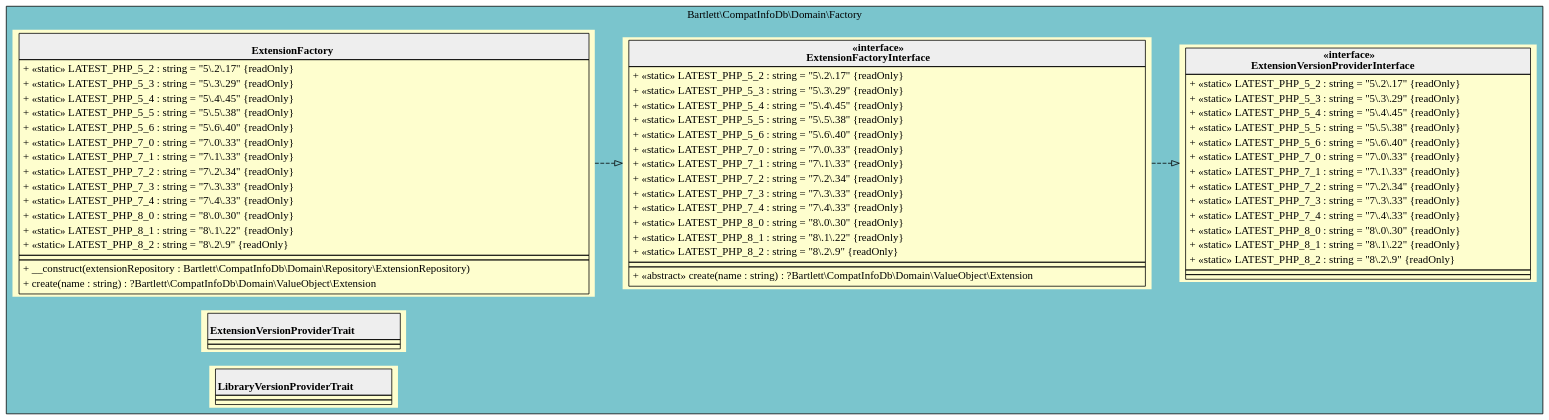
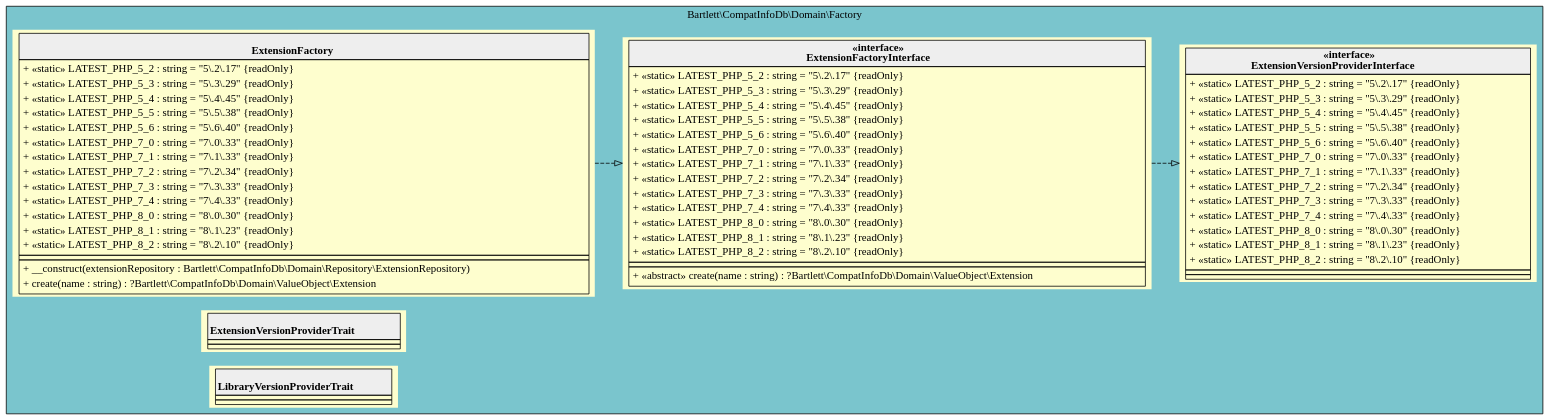
Before and after one commit to llaville/php-compatinfo-db: the diagram in 5.x/assets/images/domain-factory.html.gv, drawn with Graphviz. The commit also changed 30 other files, not shown here.

```diff
--- a/5.x/assets/images/domain-factory.html.gv
+++ b/5.x/assets/images/domain-factory.html.gv
@@ -1,90 +1,90 @@
 digraph {
   graph [rankdir="LR" bgcolor="transparent"]
   node [fillcolor="#FEFECE" style="filled"]
   subgraph cluster_0 {
     graph [bgcolor="cadetblue3"]
     label = "Bartlett\\CompatInfoDb\\Domain\\Factory"
     "Bartlett\\CompatInfoDb\\Domain\\Factory\\ExtensionFactory" [shape="none" label=<
 <table cellspacing="0" border="0" cellborder="1">
     <tr><td bgcolor="#eeeeee"><b><br/>ExtensionFactory</b></td></tr>
     <tr><td><table border="0" cellspacing="0" cellpadding="2">
     <tr><td align="left">+ «static» LATEST_PHP_5_2 : string = "5\.2\.17" {readOnly}</td></tr>
     <tr><td align="left">+ «static» LATEST_PHP_5_3 : string = "5\.3\.29" {readOnly}</td></tr>
     <tr><td align="left">+ «static» LATEST_PHP_5_4 : string = "5\.4\.45" {readOnly}</td></tr>
     <tr><td align="left">+ «static» LATEST_PHP_5_5 : string = "5\.5\.38" {readOnly}</td></tr>
     <tr><td align="left">+ «static» LATEST_PHP_5_6 : string = "5\.6\.40" {readOnly}</td></tr>
     <tr><td align="left">+ «static» LATEST_PHP_7_0 : string = "7\.0\.33" {readOnly}</td></tr>
     <tr><td align="left">+ «static» LATEST_PHP_7_1 : string = "7\.1\.33" {readOnly}</td></tr>
     <tr><td align="left">+ «static» LATEST_PHP_7_2 : string = "7\.2\.34" {readOnly}</td></tr>
     <tr><td align="left">+ «static» LATEST_PHP_7_3 : string = "7\.3\.33" {readOnly}</td></tr>
     <tr><td align="left">+ «static» LATEST_PHP_7_4 : string = "7\.4\.33" {readOnly}</td></tr>
     <tr><td align="left">+ «static» LATEST_PHP_8_0 : string = "8\.0\.30" {readOnly}</td></tr>
-    <tr><td align="left">+ «static» LATEST_PHP_8_1 : string = "8\.1\.22" {readOnly}</td></tr>
-    <tr><td align="left">+ «static» LATEST_PHP_8_2 : string = "8\.2\.9" {readOnly}</td></tr>
+    <tr><td align="left">+ «static» LATEST_PHP_8_1 : string = "8\.1\.23" {readOnly}</td></tr>
+    <tr><td align="left">+ «static» LATEST_PHP_8_2 : string = "8\.2\.10" {readOnly}</td></tr>
 </table></td></tr>
     <tr><td></td></tr>
     <tr><td><table border="0" cellspacing="0" cellpadding="2">
     <tr><td align="left">+ __construct(extensionRepository : Bartlett\\CompatInfoDb\\Domain\\Repository\\ExtensionRepository)</td></tr>
     <tr><td align="left">+ create(name : string) : ?Bartlett\\CompatInfoDb\\Domain\\ValueObject\\Extension</td></tr>
 </table></td></tr>
 </table>>]
     "Bartlett\\CompatInfoDb\\Domain\\Factory\\ExtensionFactoryInterface" [shape="none" label=<
 <table cellspacing="0" border="0" cellborder="1">
     <tr><td bgcolor="#eeeeee"><b>«interface»<br/>ExtensionFactoryInterface</b></td></tr>
     <tr><td><table border="0" cellspacing="0" cellpadding="2">
     <tr><td align="left">+ «static» LATEST_PHP_5_2 : string = "5\.2\.17" {readOnly}</td></tr>
     <tr><td align="left">+ «static» LATEST_PHP_5_3 : string = "5\.3\.29" {readOnly}</td></tr>
     <tr><td align="left">+ «static» LATEST_PHP_5_4 : string = "5\.4\.45" {readOnly}</td></tr>
     <tr><td align="left">+ «static» LATEST_PHP_5_5 : string = "5\.5\.38" {readOnly}</td></tr>
     <tr><td align="left">+ «static» LATEST_PHP_5_6 : string = "5\.6\.40" {readOnly}</td></tr>
     <tr><td align="left">+ «static» LATEST_PHP_7_0 : string = "7\.0\.33" {readOnly}</td></tr>
     <tr><td align="left">+ «static» LATEST_PHP_7_1 : string = "7\.1\.33" {readOnly}</td></tr>
     <tr><td align="left">+ «static» LATEST_PHP_7_2 : string = "7\.2\.34" {readOnly}</td></tr>
     <tr><td align="left">+ «static» LATEST_PHP_7_3 : string = "7\.3\.33" {readOnly}</td></tr>
     <tr><td align="left">+ «static» LATEST_PHP_7_4 : string = "7\.4\.33" {readOnly}</td></tr>
     <tr><td align="left">+ «static» LATEST_PHP_8_0 : string = "8\.0\.30" {readOnly}</td></tr>
-    <tr><td align="left">+ «static» LATEST_PHP_8_1 : string = "8\.1\.22" {readOnly}</td></tr>
-    <tr><td align="left">+ «static» LATEST_PHP_8_2 : string = "8\.2\.9" {readOnly}</td></tr>
+    <tr><td align="left">+ «static» LATEST_PHP_8_1 : string = "8\.1\.23" {readOnly}</td></tr>
+    <tr><td align="left">+ «static» LATEST_PHP_8_2 : string = "8\.2\.10" {readOnly}</td></tr>
 </table></td></tr>
     <tr><td></td></tr>
     <tr><td><table border="0" cellspacing="0" cellpadding="2">
     <tr><td align="left">+ «abstract» create(name : string) : ?Bartlett\\CompatInfoDb\\Domain\\ValueObject\\Extension</td></tr>
 </table></td></tr>
 </table>>]
     "Bartlett\\CompatInfoDb\\Domain\\Factory\\ExtensionVersionProviderInterface" [shape="none" label=<
 <table cellspacing="0" border="0" cellborder="1">
     <tr><td bgcolor="#eeeeee"><b>«interface»<br/>ExtensionVersionProviderInterface</b></td></tr>
     <tr><td><table border="0" cellspacing="0" cellpadding="2">
     <tr><td align="left">+ «static» LATEST_PHP_5_2 : string = "5\.2\.17" {readOnly}</td></tr>
     <tr><td align="left">+ «static» LATEST_PHP_5_3 : string = "5\.3\.29" {readOnly}</td></tr>
     <tr><td align="left">+ «static» LATEST_PHP_5_4 : string = "5\.4\.45" {readOnly}</td></tr>
     <tr><td align="left">+ «static» LATEST_PHP_5_5 : string = "5\.5\.38" {readOnly}</td></tr>
     <tr><td align="left">+ «static» LATEST_PHP_5_6 : string = "5\.6\.40" {readOnly}</td></tr>
     <tr><td align="left">+ «static» LATEST_PHP_7_0 : string = "7\.0\.33" {readOnly}</td></tr>
     <tr><td align="left">+ «static» LATEST_PHP_7_1 : string = "7\.1\.33" {readOnly}</td></tr>
     <tr><td align="left">+ «static» LATEST_PHP_7_2 : string = "7\.2\.34" {readOnly}</td></tr>
     <tr><td align="left">+ «static» LATEST_PHP_7_3 : string = "7\.3\.33" {readOnly}</td></tr>
     <tr><td align="left">+ «static» LATEST_PHP_7_4 : string = "7\.4\.33" {readOnly}</td></tr>
     <tr><td align="left">+ «static» LATEST_PHP_8_0 : string = "8\.0\.30" {readOnly}</td></tr>
-    <tr><td align="left">+ «static» LATEST_PHP_8_1 : string = "8\.1\.22" {readOnly}</td></tr>
-    <tr><td align="left">+ «static» LATEST_PHP_8_2 : string = "8\.2\.9" {readOnly}</td></tr>
+    <tr><td align="left">+ «static» LATEST_PHP_8_1 : string = "8\.1\.23" {readOnly}</td></tr>
+    <tr><td align="left">+ «static» LATEST_PHP_8_2 : string = "8\.2\.10" {readOnly}</td></tr>
 </table></td></tr>
     <tr><td></td></tr>
     <tr><td></td></tr>
 </table>>]
     "Bartlett\\CompatInfoDb\\Domain\\Factory\\ExtensionVersionProviderTrait" [shape="none" label=<
 <table cellspacing="0" border="0" cellborder="1">
     <tr><td bgcolor="#eeeeee"><b><br/>ExtensionVersionProviderTrait</b></td></tr>
     <tr><td></td></tr>
     <tr><td></td></tr>
 </table>>]
     "Bartlett\\CompatInfoDb\\Domain\\Factory\\LibraryVersionProviderTrait" [shape="none" label=<
 <table cellspacing="0" border="0" cellborder="1">
     <tr><td bgcolor="#eeeeee"><b><br/>LibraryVersionProviderTrait</b></td></tr>
     <tr><td></td></tr>
     <tr><td></td></tr>
 </table>>]
   }
   "Bartlett\\CompatInfoDb\\Domain\\Factory\\ExtensionFactoryInterface" -> "Bartlett\\CompatInfoDb\\Domain\\Factory\\ExtensionVersionProviderInterface" [arrowhead="empty" style="dashed"]
   "Bartlett\\CompatInfoDb\\Domain\\Factory\\ExtensionFactory" -> "Bartlett\\CompatInfoDb\\Domain\\Factory\\ExtensionFactoryInterface" [arrowhead="empty" style="dashed"]
 }
```
